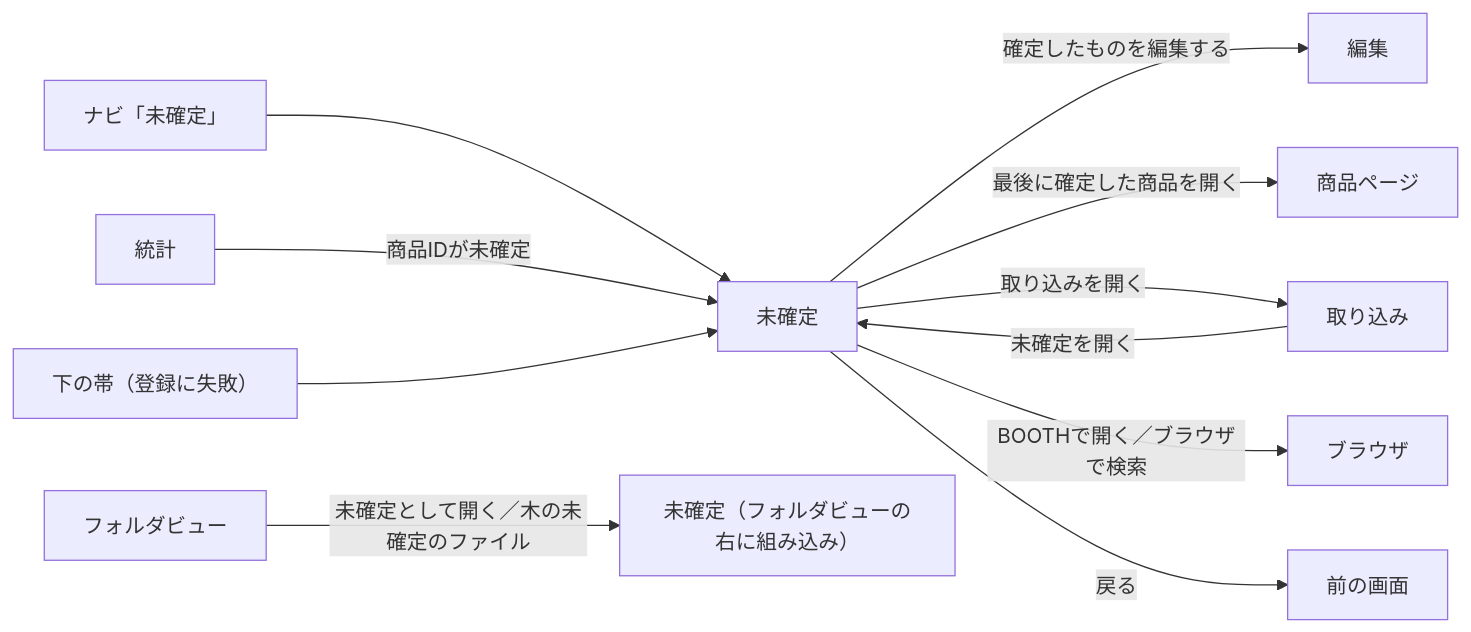
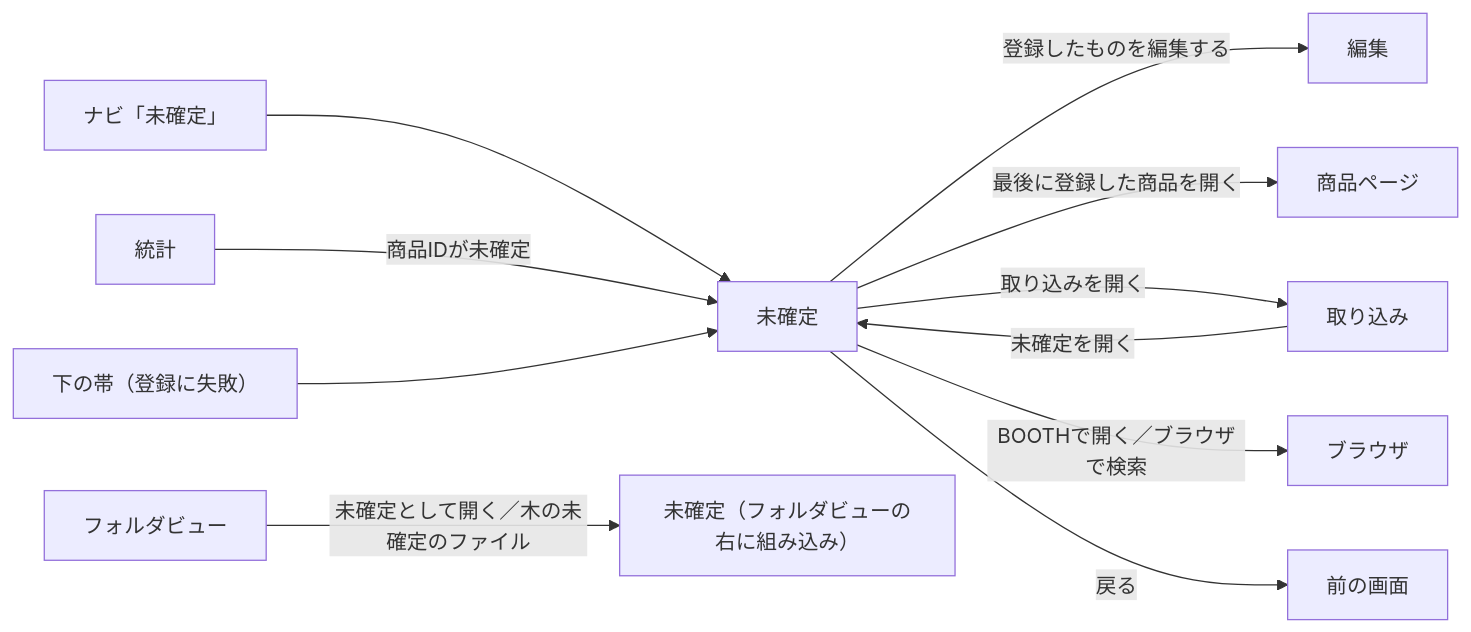
Before and after one commit to kumo-mayu/chmonos: the diagram in docs/dev/ui-paths/resolve.md, drawn with Mermaid. The commit also changed other lines of this file and 31 other files, not shown here.

````diff
--- a/docs/dev/ui-paths/resolve.md
+++ b/docs/dev/ui-paths/resolve.md
@@ -72,13 +72,13 @@
 ```mermaid
 flowchart LR
   Nav[ナビ「未確定」] --> Res[未確定]
   Imp[取り込み] -- 未確定を開く --> Res
   Stats[統計] -- 商品IDが未確定 --> Res
   Band[下の帯（登録に失敗）] --> Res
   Folder[フォルダビュー] -- 未確定として開く／木の未確定のファイル --> Emb[未確定（フォルダビューの右に組み込み）]
-  Res -- 確定したものを編集する --> Edit[編集]
-  Res -- 最後に確定した商品を開く --> Item[商品ページ]
+  Res -- 登録したものを編集する --> Edit[編集]
+  Res -- 最後に登録した商品を開く --> Item[商品ページ]
   Res -- 取り込みを開く --> Imp
   Res -- BOOTHで開く／ブラウザで検索 --> Web[ブラウザ]
   Res -- 戻る --> Prev[前の画面]
 ```
````
